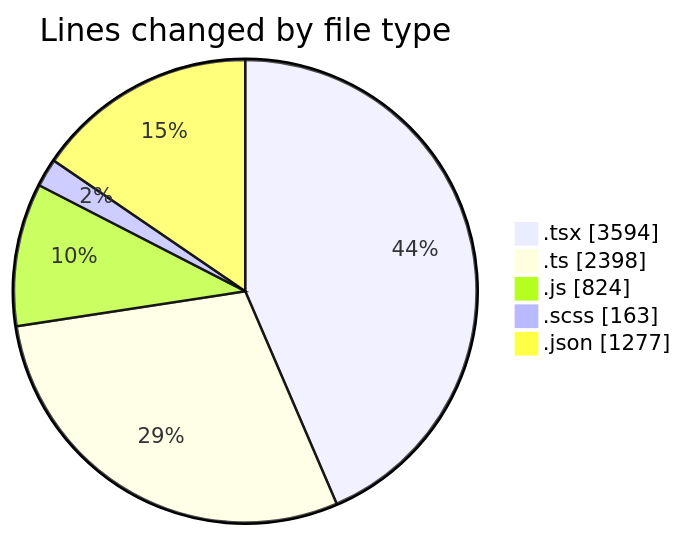
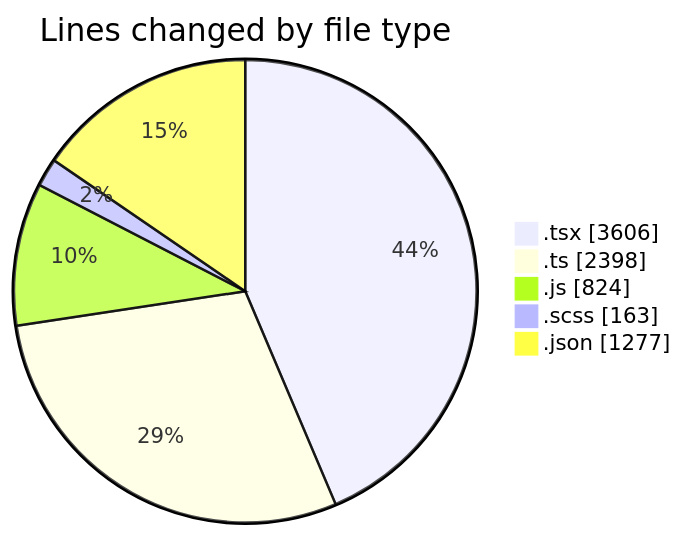
One commit to momahboobian/code-tracking changed the first of 2 diagrams in 2026-06-15/cda/README.md. Above: the diagram before and after it, drawn with Mermaid. The commit also changed other lines of this file and 1 other file, not shown here.

````diff
--- a/2026-06-15/cda/README.md
+++ b/2026-06-15/cda/README.md
@@ -67,9 +67,9 @@
 ```mermaid
 pie showData
 title Lines changed by file type
-".tsx" : 3594
+".tsx" : 3606
 ".ts" : 2398
 ".js" : 824
 ".scss" : 163
 ".json" : 1277
 ```
````
